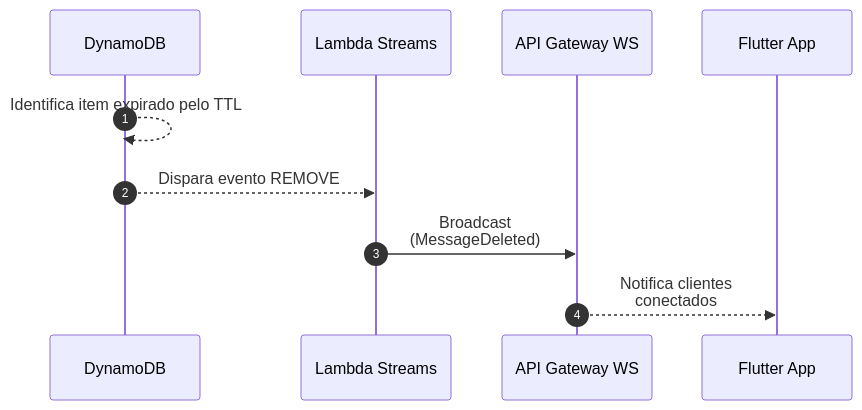
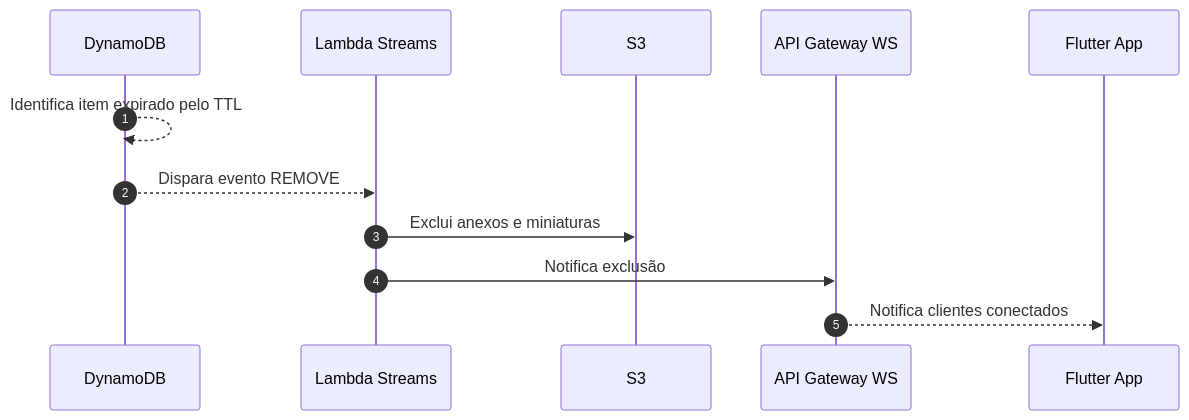
Before and after one commit to vitorang/CloudFlow: the third of 3 diagrams in README.md, drawn with Mermaid. The commit also changed other lines of this file and 16 other files, not shown here.

Commit message:
Upload de arquivo pelo app e correções na API

````diff
--- a/README.md
+++ b/README.md
@@ -44,8 +49,9 @@
 ```mermaid
 sequenceDiagram
     autonumber
     DynamoDB-->>DynamoDB: Identifica item expirado pelo TTL
     DynamoDB-->>Lambda Streams: Dispara evento REMOVE
-    Lambda Streams->>API Gateway WS: Broadcast<br/>(MessageDeleted)
-    API Gateway WS-->>Flutter App: Notifica clientes<br/>conectados
+    Lambda Streams->>S3: Exclui anexos e miniaturas
+    Lambda Streams->>API Gateway WS: Notifica exclusão
+    API Gateway WS-->>Flutter App: Notifica clientes conectados
 ```
````
